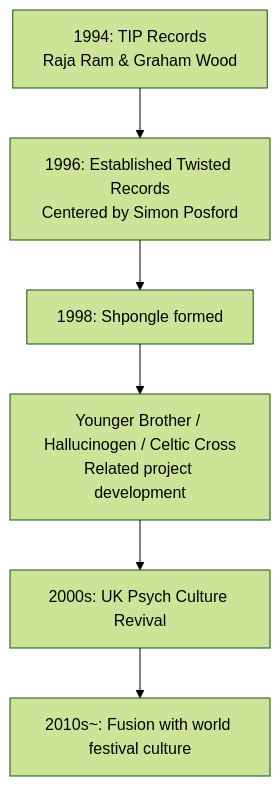
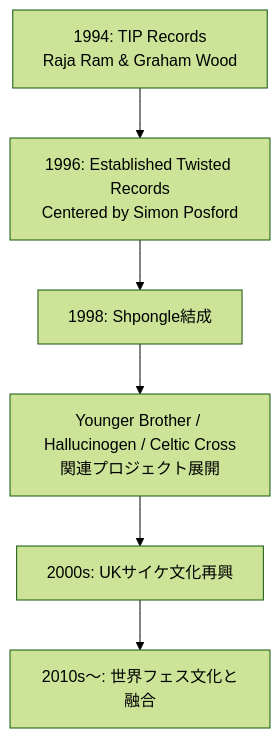
The first of 4 diagrams in en/_posts/2025-10-05-Column-Shpongle.md (monumental-movement/monumental-movement.github.io), drawn with Mermaid (forest theme) before and after one commit. The commit also changed other lines of this file and 2196 other files, not shown here.

```diff
--- a/en/_posts/2025-10-05-Column-Shpongle.md
+++ b/en/_posts/2025-10-05-Column-Shpongle.md
@@ -63,10 +63,10 @@
 <div class="mermaid">
 
 flowchart TD
   A["1994: TIP Records<br>Raja Ram & Graham Wood"] --> B["1996: Established Twisted Records<br>Centered by Simon Posford"]
-  B --> C["1998: Shpongle formed"]
-  C --> D["Younger Brother / Hallucinogen / Celtic Cross<br>Related project development"]
-  D --> E["2000s: UK Psych Culture Revival"]
-  E --> F["2010s~: Fusion with world festival culture"]
+  B --> C["1998: Shpongle結成"]
+  C --> D["Younger Brother / Hallucinogen / Celtic Cross<br>関連プロジェクト展開"]
+  D --> E["2000s: UKサイケ文化再興"]
+  E --> F["2010s〜: 世界フェス文化と融合"]
 
 </div>
```
